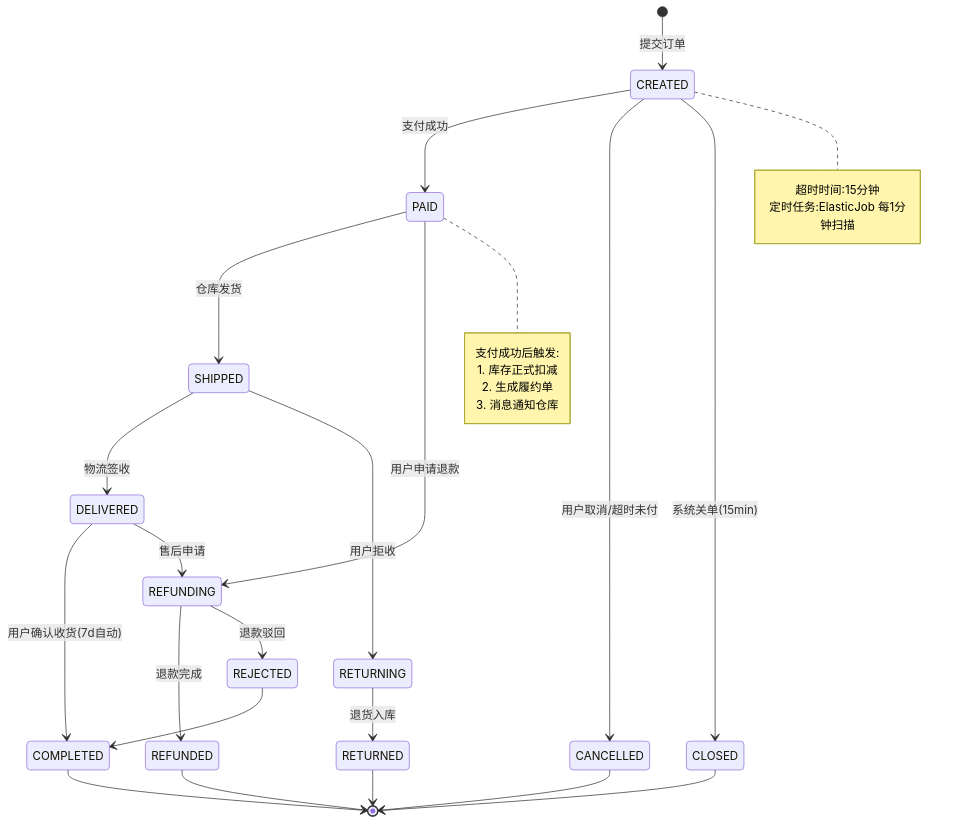
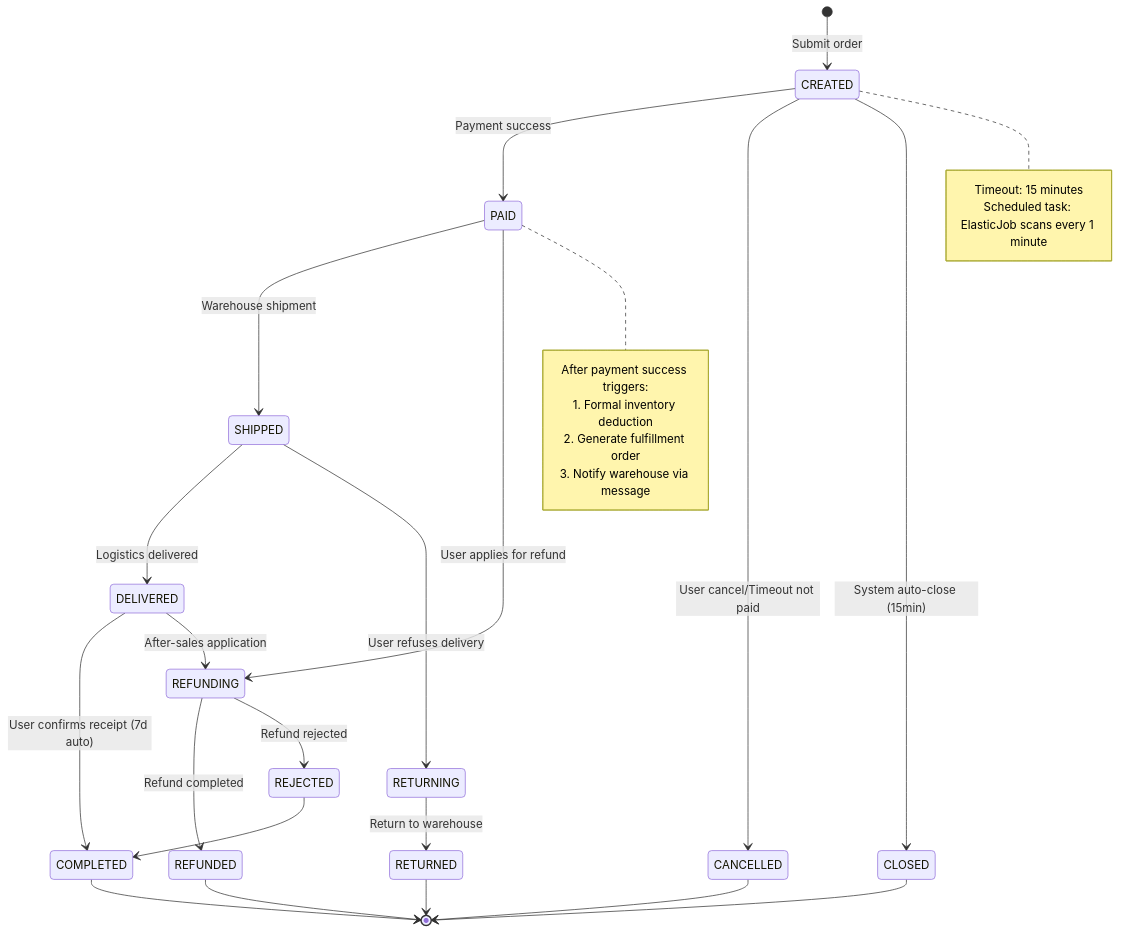
The eighth of 11 diagrams in templates/产品/产品层/【模板】功能需求文档.md (Kirky-X/cangjie), drawn with Mermaid before and after one commit. The commit also changed other lines of this file and 60 other files, not shown here.

````diff
--- a/templates/产品/产品层/【模板】功能需求文档.md
+++ b/templates/产品/产品层/【模板】功能需求文档.md
@@ -319,39 +319,39 @@
 ```mermaid
 stateDiagram-v2
-    [*] --> CREATED: 提交订单
-    CREATED --> PAID: 支付成功
-    CREATED --> CANCELLED: 用户取消/超时未付
-    CREATED --> CLOSED: 系统关单(15min)
+    [*] --> CREATED: Submit order
+    CREATED --> PAID: Payment success
+    CREATED --> CANCELLED: User cancel/Timeout not paid
+    CREATED --> CLOSED: System auto-close (15min)
 
-    PAID --> SHIPPED: 仓库发货
-    PAID --> REFUNDING: 用户申请退款
+    PAID --> SHIPPED: Warehouse shipment
+    PAID --> REFUNDING: User applies for refund
 
-    SHIPPED --> DELIVERED: 物流签收
-    SHIPPED --> RETURNING: 用户拒收
+    SHIPPED --> DELIVERED: Logistics delivered
+    SHIPPED --> RETURNING: User refuses delivery
 
-    DELIVERED --> COMPLETED: 用户确认收货(7d自动)
-    DELIVERED --> REFUNDING: 售后申请
+    DELIVERED --> COMPLETED: User confirms receipt (7d auto)
+    DELIVERED --> REFUNDING: After-sales application
 
-    REFUNDING --> REFUNDED: 退款完成
-    REFUNDING --> REJECTED: 退款驳回
+    REFUNDING --> REFUNDED: Refund completed
+    REFUNDING --> REJECTED: Refund rejected
 
-    RETURNING --> RETURNED: 退货入库
+    RETURNING --> RETURNED: Return to warehouse
     CANCELLED --> [*]
     CLOSED --> [*]
     COMPLETED --> [*]
     REFUNDED --> [*]
     RETURNED --> [*]
     REJECTED --> COMPLETED
 
     note right of CREATED
-        超时时间:15分钟
-        定时任务:ElasticJob 每1分钟扫描
+        Timeout: 15 minutes
+        Scheduled task: ElasticJob scans every 1 minute
     end note
 
     note right of PAID
-        支付成功后触发:
-        1. 库存正式扣减
-        2. 生成履约单
-        3. 消息通知仓库
+        After payment success triggers:
+        1. Formal inventory deduction
+        2. Generate fulfillment order
+        3. Notify warehouse via message
     end note
 ```
````
